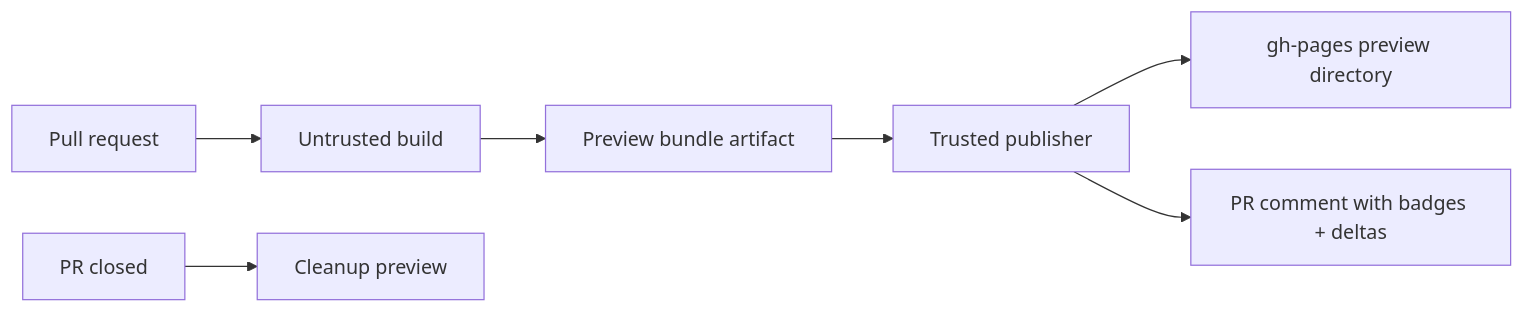
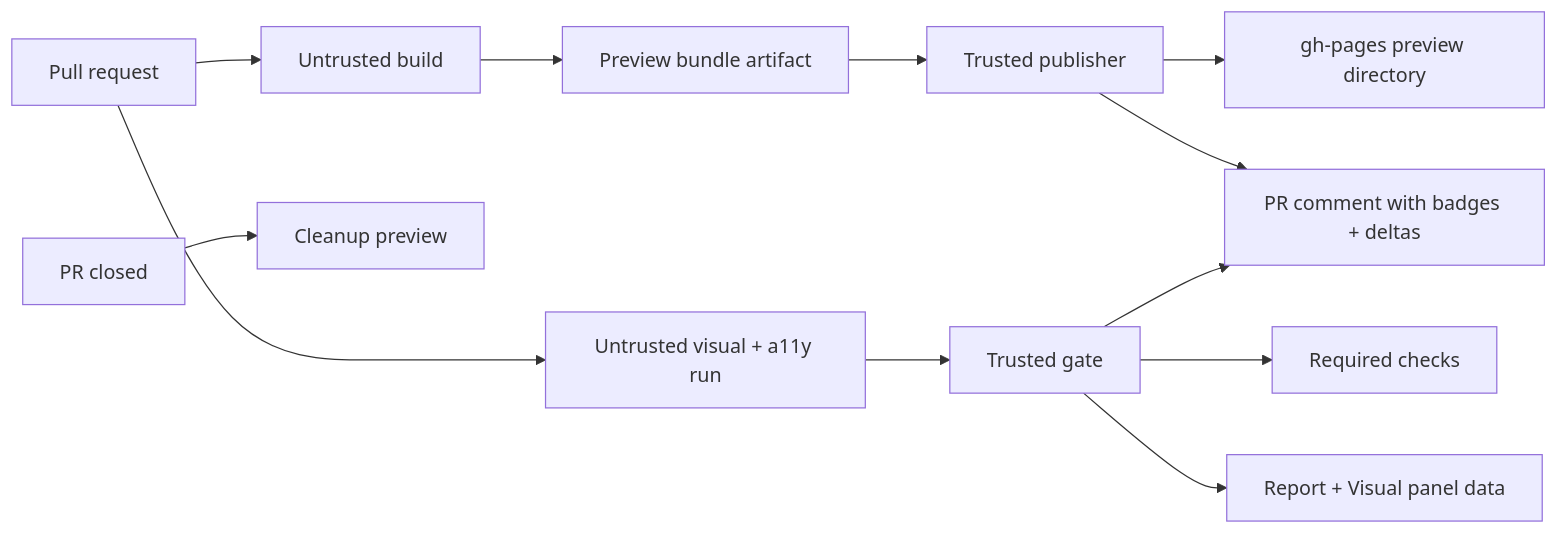
The diagram in README.md (Archetipo95/storybook-github-swiss-knife), drawn with Mermaid before and after one commit. The commit also changed other lines of this file and 6 other files, not shown here.

````diff
--- a/README.md
+++ b/README.md
@@ -68,9 +80,14 @@
 ```mermaid
 flowchart LR
   A[Pull request] --> B[Untrusted build]
   B --> C[Preview bundle artifact]
   C --> D[Trusted publisher]
   D --> E[gh-pages preview directory]
   D --> F[PR comment with badges + deltas]
   G[PR closed] --> H[Cleanup preview]
+  A --> V[Untrusted visual + a11y run]
+  V --> W[Trusted gate]
+  W --> X[Required checks]
+  W --> F
+  W --> Y[Report + Visual panel data]
 ```
````
